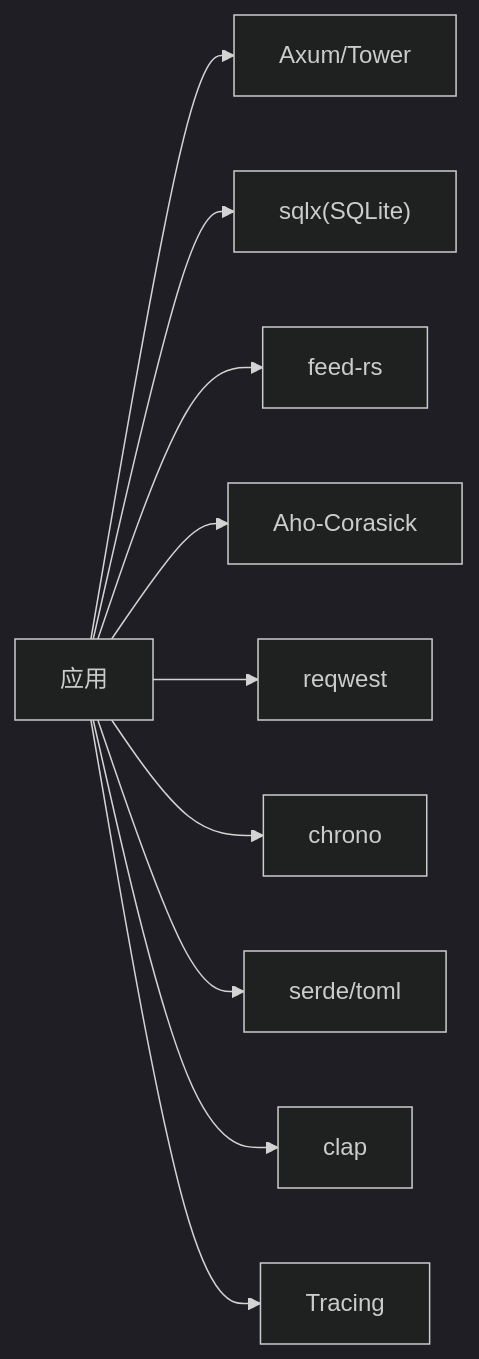
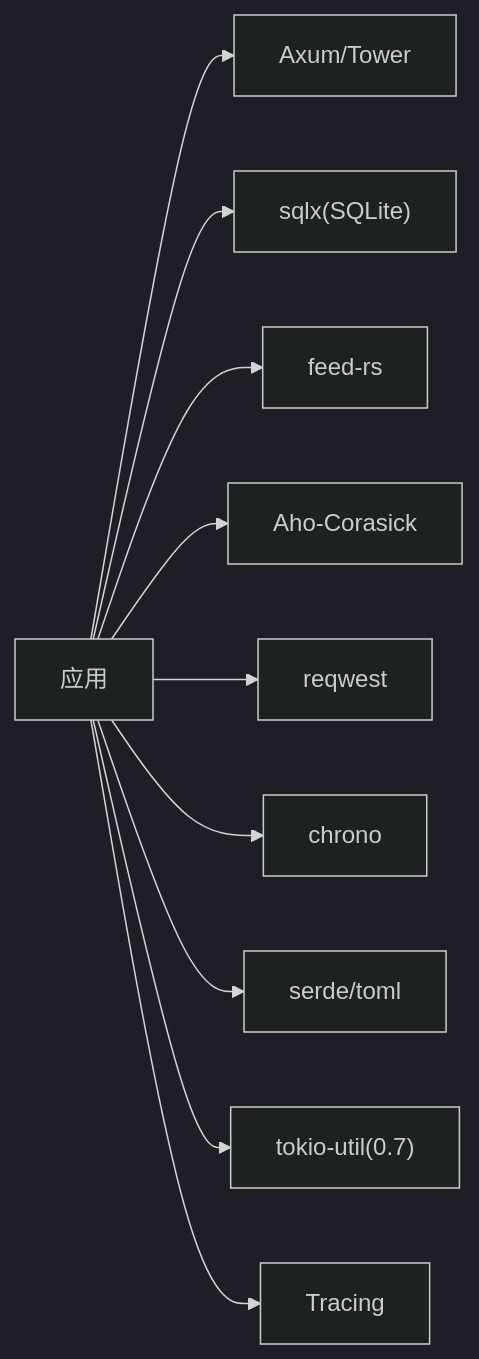
Before and after one commit to leimu-hue/AI-Trend-Tool: the eighth of 10 diagrams in .qoder/repowiki/zh/content/系统架构设计/系统架构设计.md, drawn with Mermaid (dark theme). The commit also changed other lines of this file and 74 other files, not shown here.

````diff
--- a/.qoder/repowiki/zh/content/系统架构设计/系统架构设计.md
+++ b/.qoder/repowiki/zh/content/系统架构设计/系统架构设计.md
@@ -298,12 +353,12 @@
 ```mermaid
 graph LR
 App["应用"] --> AX["Axum/Tower"]
 App --> SQ["sqlx(SQLite)"]
 App --> FE["feed-rs"]
 App --> AC["Aho-Corasick"]
 App --> RW["reqwest"]
 App --> CH["chrono"]
 App --> SD["serde/toml"]
-App --> CL["clap"]
+App --> TU["tokio-util(0.7)"]
 App --> TR["Tracing"]
 ```
````
